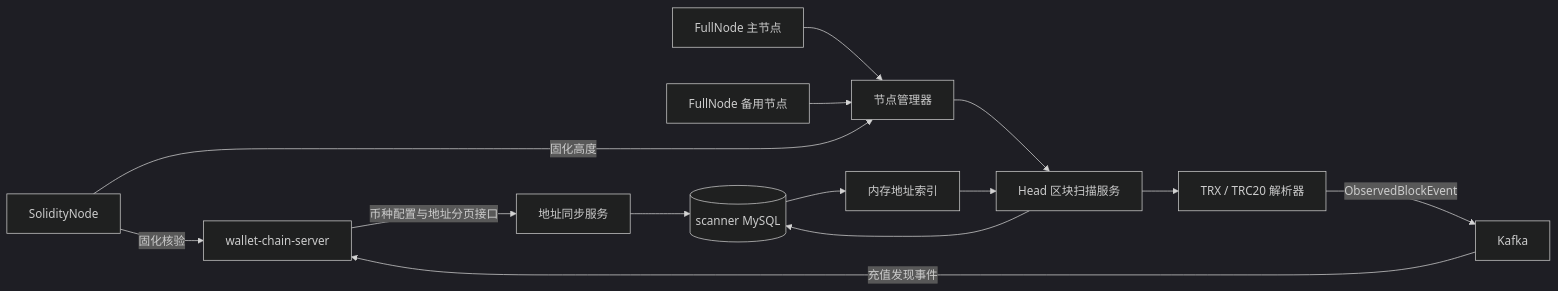
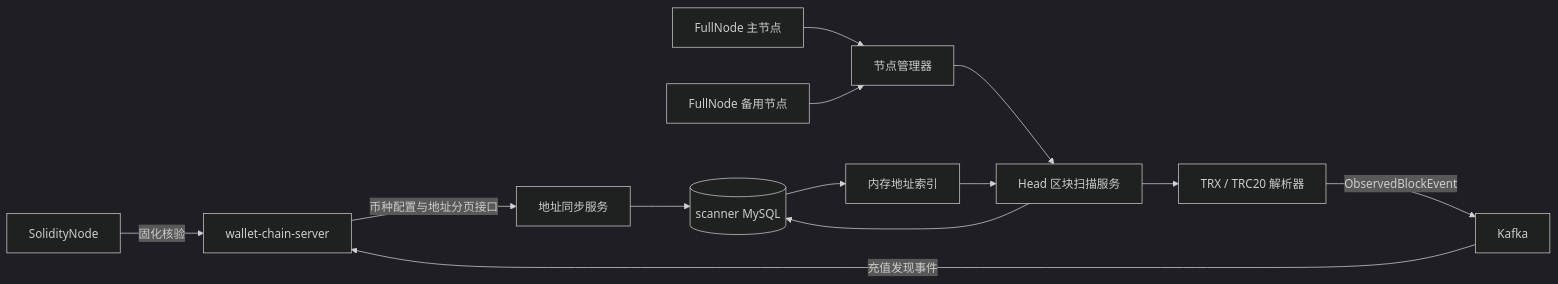
Before and after one commit to Jerry-bot2/wallet-tron-scanner: the diagram in docs/TRON扫描器详细设计.md, drawn with Mermaid (dark theme). The commit also changed other lines of this file and 38 other files, not shown here.

````diff
--- a/docs/TRON扫描器详细设计.md
+++ b/docs/TRON扫描器详细设计.md
@@ -54,17 +54,16 @@
 ```mermaid
 flowchart LR
     CS[wallet-chain-server] -->|币种配置与地址分页接口| SYNC[地址同步服务]
     SYNC --> SDB[(scanner MySQL)]
     SDB --> SNAPSHOT[内存地址索引]
 
     NODE1[FullNode 主节点] --> NP[节点管理器]
     NODE2[FullNode 备用节点] --> NP
-    SOLID[SolidityNode] -->|固化高度| NP
-    SOLID -->|固化核验| CS
+    SOLID[SolidityNode] -->|固化核验| CS
     NP --> SCAN[Head 区块扫描服务]
     SNAPSHOT --> SCAN
     SCAN --> PARSER[TRX / TRC20 解析器]
     PARSER -->|ObservedBlockEvent| KAFKA[Kafka]
     KAFKA -->|充值发现事件| CS
     SCAN --> SDB
 ```
````
